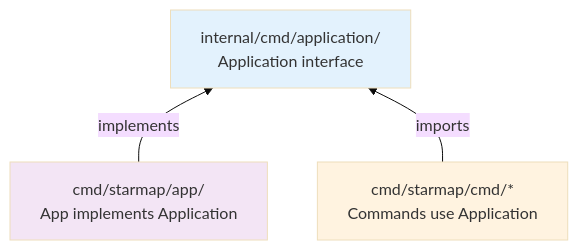
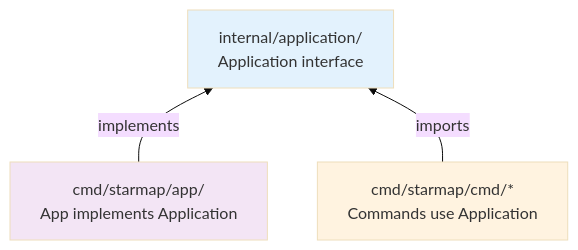
Before and after one commit to agentstation/starmap: the second of 8 diagrams in docs/ARCHITECTURE.md, drawn with Mermaid (base theme). The commit also changed other lines of this file and 541 other files, not shown here.

````diff
--- a/docs/ARCHITECTURE.md
+++ b/docs/ARCHITECTURE.md
@@ -193,13 +243,13 @@
 ```mermaid
 flowchart BT
     APP[cmd/starmap/app/<br/>App implements Application]
     CMD[cmd/starmap/cmd/*<br/>Commands use Application]
-    INT[internal/cmd/application/<br/>Application interface]
+    INT[internal/application/<br/>Application interface]
 
     APP -->|implements| INT
     CMD -->|imports| INT
 
     style INT fill:#e3f2fd
     style CMD fill:#fff3e0
     style APP fill:#f3e5f5
 ```
````
